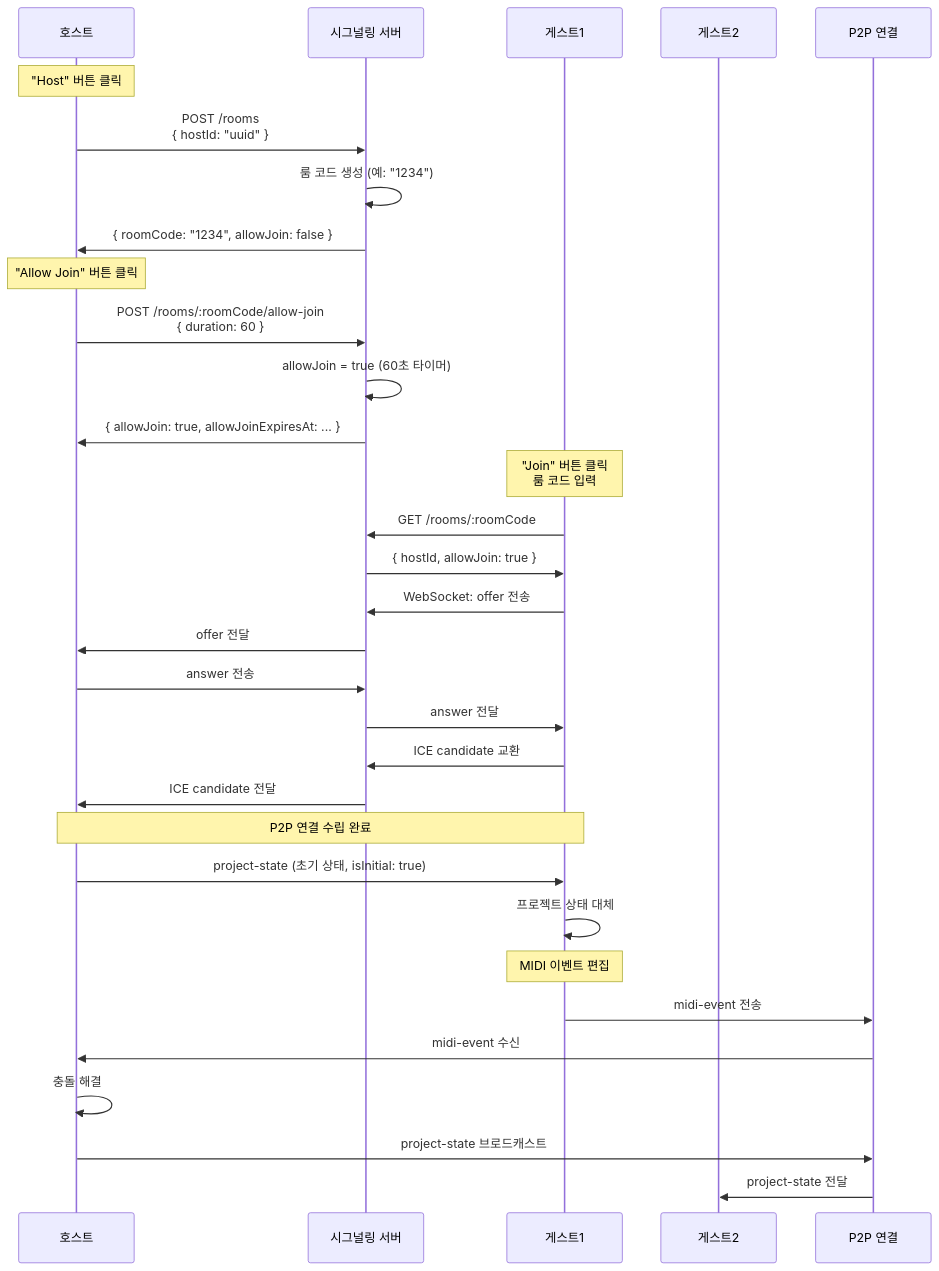
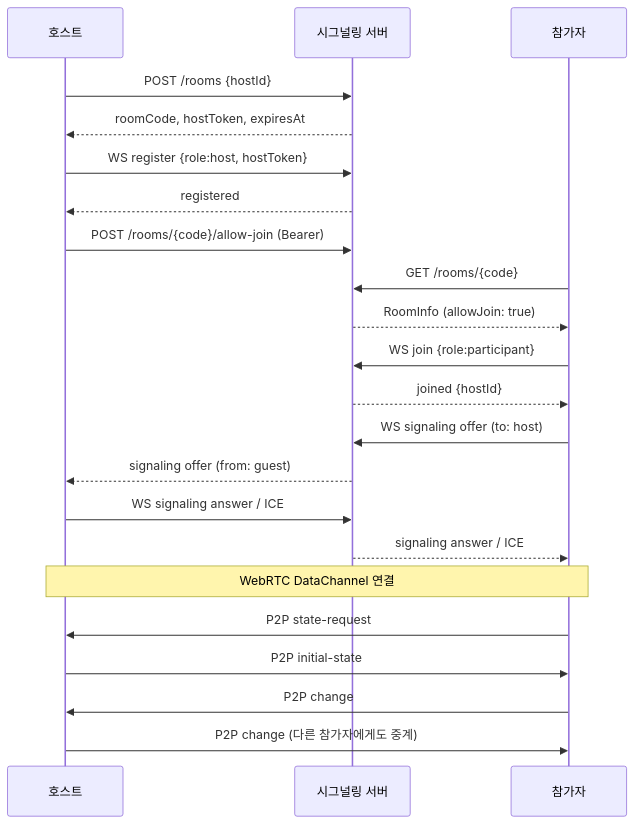
The diagram in docs/specs/collaboration-specification/server-api.md (JaceDashS/online-sequencer), drawn with Mermaid before and after one commit. The commit also changed other lines of this file and 10 other files, not shown here.

````diff
--- a/docs/specs/collaboration-specification/server-api.md
+++ b/docs/specs/collaboration-specification/server-api.md
@@ -281,40 +138,25 @@
 ```mermaid
 sequenceDiagram
-    participant Host as 호스트
-    participant Server as 시그널링 서버
-    participant Guest1 as 게스트1
-    participant Guest2 as 게스트2
-    participant P2P as P2P 연결
+    participant H as 호스트
+    participant S as 시그널링 서버
+    participant G as 참가자
 
-    Note over Host: "Host" 버튼 클릭
-    Host->>Server: POST /rooms<br/>{ hostId: "uuid" }
-    Server->>Server: 룸 코드 생성 (예: "1234")
-    Server->>Host: { roomCode: "1234", allowJoin: false }
-    
-    Note over Host: "Allow Join" 버튼 클릭
-    Host->>Server: POST /rooms/:roomCode/allow-join<br/>{ duration: 60 }
-    Server->>Server: allowJoin = true (60초 타이머)
-    Server->>Host: { allowJoin: true, allowJoinExpiresAt: ... }
-    
-    Note over Guest1: "Join" 버튼 클릭<br/>룸 코드 입력
-    Guest1->>Server: GET /rooms/:roomCode
-    Server->>Guest1: { hostId, allowJoin: true }
-    
-    Guest1->>Server: WebSocket: offer 전송
-    Server->>Host: offer 전달
-    Host->>Server: answer 전송
-    Server->>Guest1: answer 전달
-    Guest1->>Server: ICE candidate 교환
-    Server->>Host: ICE candidate 전달
-    
-    Note over Guest1,Host: P2P 연결 수립 완료
-    Host->>Guest1: project-state (초기 상태, isInitial: true)
-    Guest1->>Guest1: 프로젝트 상태 대체
-    
-    Note over Guest1: MIDI 이벤트 편집
-    Guest1->>P2P: midi-event 전송
-    P2P->>Host: midi-event 수신
-    Host->>Host: 충돌 해결
-    Host->>P2P: project-state 브로드캐스트
-    P2P->>Guest2: project-state 전달
+    H->>S: POST /rooms {hostId}
+    S-->>H: roomCode, hostToken, expiresAt
+    H->>S: WS register {role:host, hostToken}
+    S-->>H: registered
+    H->>S: POST /rooms/{code}/allow-join (Bearer)
+    G->>S: GET /rooms/{code}
+    S-->>G: RoomInfo (allowJoin: true)
+    G->>S: WS join {role:participant}
+    S-->>G: joined {hostId}
+    G->>S: WS signaling offer (to: host)
+    S-->>H: signaling offer (from: guest)
+    H->>S: WS signaling answer / ICE
+    S-->>G: signaling answer / ICE
+    Note over H,G: WebRTC DataChannel 연결
+    G->>H: P2P state-request
+    H->>G: P2P initial-state
+    G->>H: P2P change
+    H->>G: P2P change (다른 참가자에게도 중계)
 ```
````
